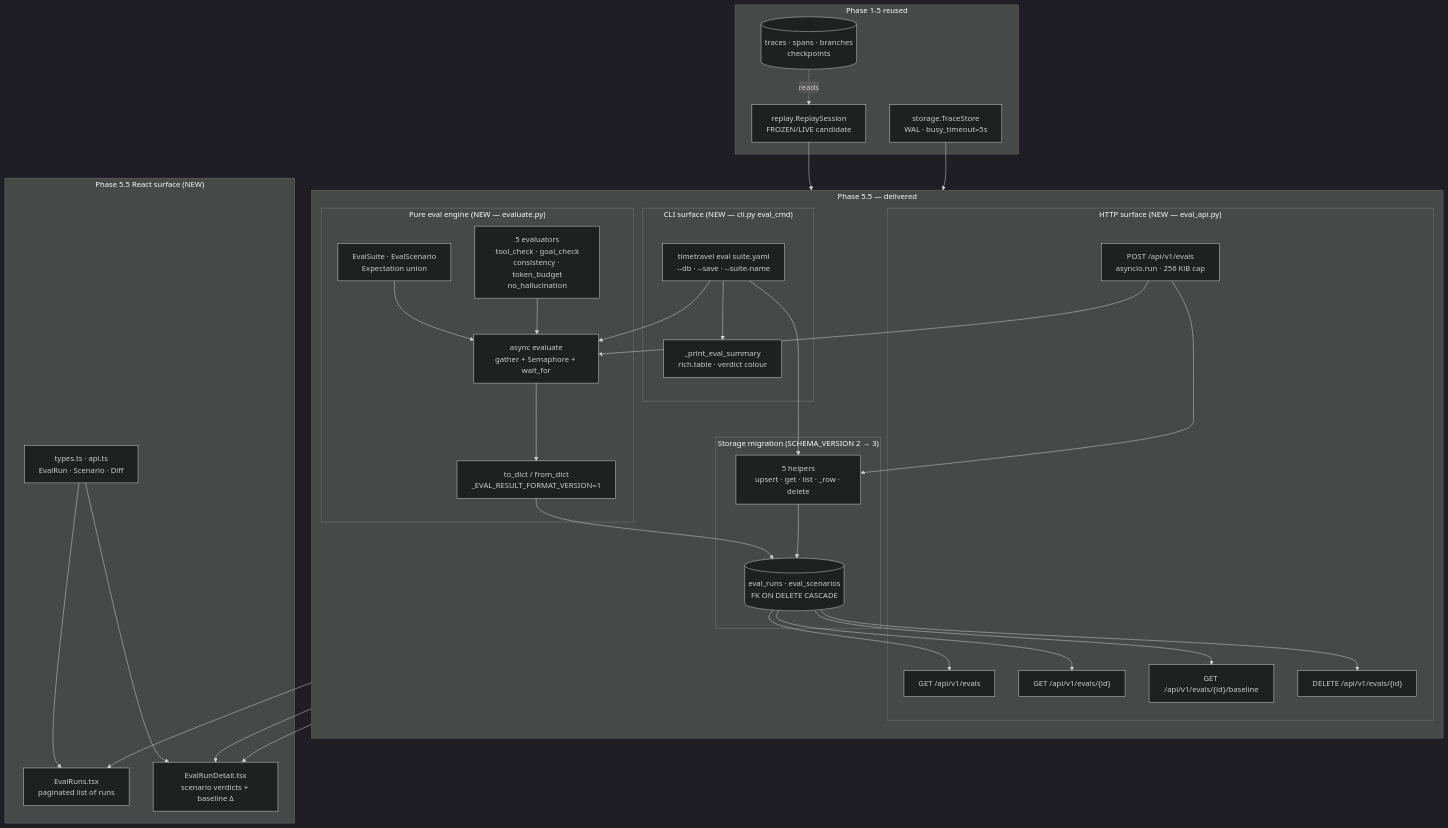
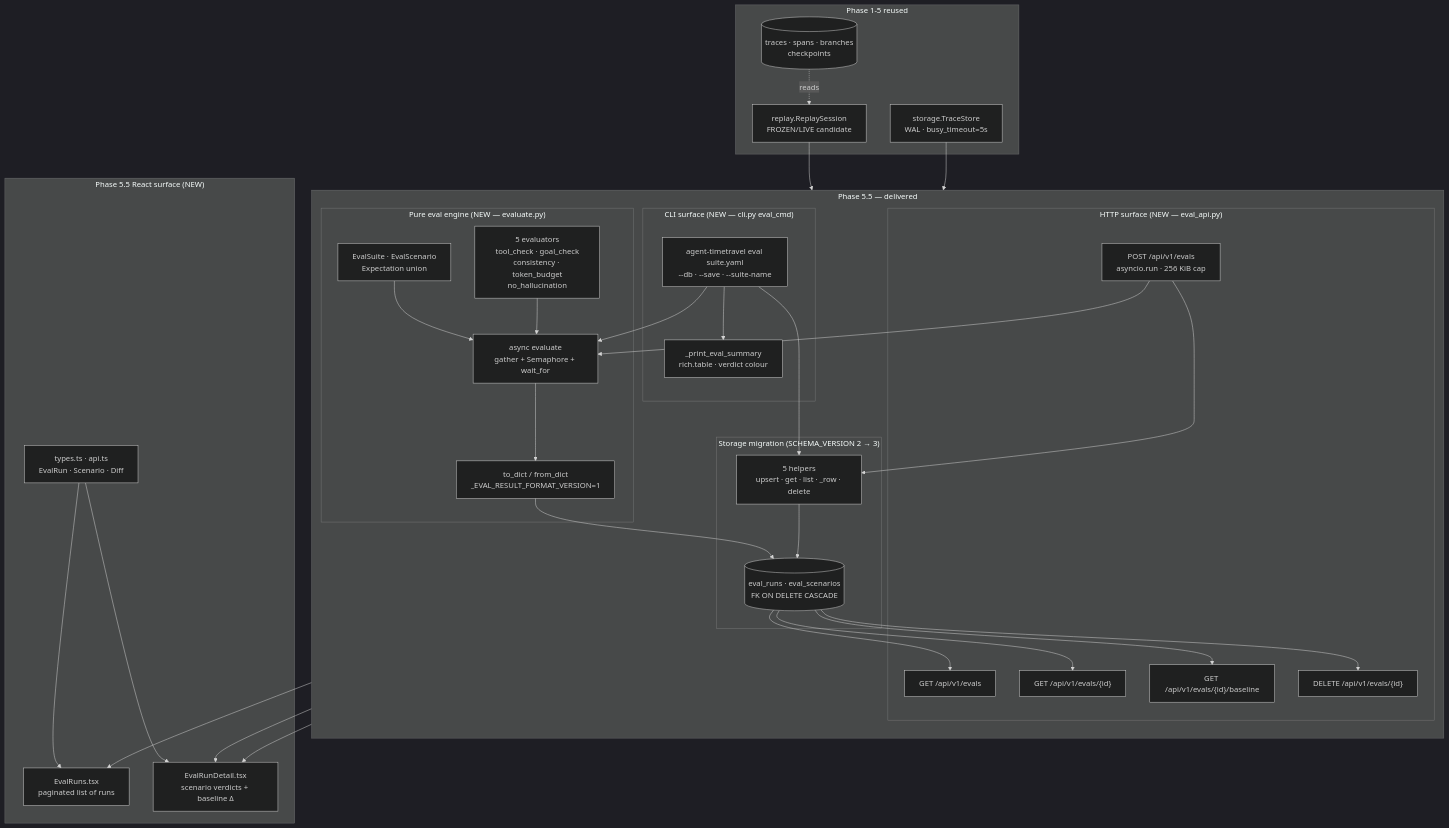
The first of 3 diagrams in docs/phases/phase-5.5.md (akshay-mp/Rewind), drawn with Mermaid (dark theme) before and after one commit. The commit also changed other lines of this file and 113 other files, not shown here.

Commit message:
Prepare agent-timetravel 0.2.0 release

````diff
--- a/docs/phases/phase-5.5.md
+++ b/docs/phases/phase-5.5.md
@@ -164,59 +164,59 @@
 ```mermaid
 flowchart TB
     subgraph P55["Phase 5.5 — delivered"]
         direction TB
         subgraph EvalEngine["Pure eval engine (NEW — evaluate.py)"]
             Spec["EvalSuite · EvalScenario<br/>Expectation union"]
             Handlers["5 evaluators<br/>tool_check · goal_check<br/>consistency · token_budget<br/>no_hallucination"]
             Orchestrate["async evaluate<br/>gather + Semaphore + wait_for"]
             Serialize["to_dict / from_dict<br/>_EVAL_RESULT_FORMAT_VERSION=1"]
         end
         subgraph EvalStore["Storage migration (SCHEMA_VERSION 2 → 3)"]
             EvalTables[("eval_runs · eval_scenarios<br/>FK ON DELETE CASCADE")]
             FiveHelpers["5 helpers<br/>upsert · get · list · _row · delete"]
         end
         subgraph EvalApi["HTTP surface (NEW — eval_api.py)"]
             RoutesList["GET /api/v1/evals"]
             RoutesCreate["POST /api/v1/evals<br/>asyncio.run · 256 KiB cap"]
             RoutesGet["GET /api/v1/evals/{id}"]
             RoutesBaseline["GET /api/v1/evals/{id}/baseline"]
             RoutesDelete["DELETE /api/v1/evals/{id}"]
         end
         subgraph EvalCLI["CLI surface (NEW — cli.py eval_cmd)"]
-            Cli["timetravel eval suite.yaml<br/>--db · --save · --suite-name"]
+            Cli["agent-timetravel eval suite.yaml<br/>--db · --save · --suite-name"]
             CliSummary["_print_eval_summary<br/>rich.table · verdict colour"]
         end
     end
     subgraph P55UI["Phase 5.5 React surface (NEW)"]
         EvalRunsList["EvalRuns.tsx<br/>paginated list of runs"]
         EvalRunDetailComp["EvalRunDetail.tsx<br/>scenario verdicts + baseline Δ"]
         TypesNew["types.ts · api.ts<br/>EvalRun · Scenario · Diff"]
     end
     subgraph Reused["Phase 1-5 reused"]
         Replay["replay.ReplaySession<br/>FROZEN/LIVE candidate"]
         StoreV3["storage.TraceStore<br/>WAL · busy_timeout=5s"]
         ExistingTrace[("traces · spans · branches<br/>checkpoints")]
     end
     Spec --> Orchestrate
     Handlers --> Orchestrate
     Replay --> Orchestrate
     Orchestrate --> Serialize
     Serialize --> EvalTables
     FiveHelpers --> EvalTables
     EvalTables --> RoutesList
     EvalTables --> RoutesGet
     EvalTables --> RoutesBaseline
     EvalTables --> RoutesDelete
     RoutesCreate --> Orchestrate
     RoutesCreate --> FiveHelpers
     Cli --> Orchestrate
     Cli --> CliSummary
     Cli --> FiveHelpers
     RoutesList --> EvalRunsList
     RoutesGet --> EvalRunDetailComp
     RoutesBaseline --> EvalRunDetailComp
     TypesNew --> EvalRunsList
     TypesNew --> EvalRunDetailComp
     StoreV3 --> EvalStore
     ExistingTrace -. reads .-> Replay
 ```
````
